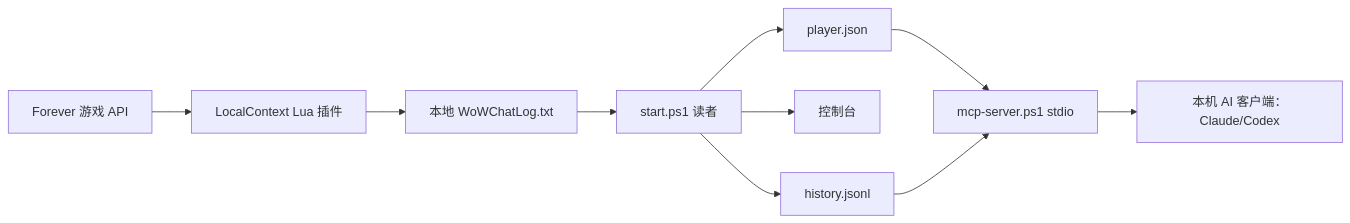
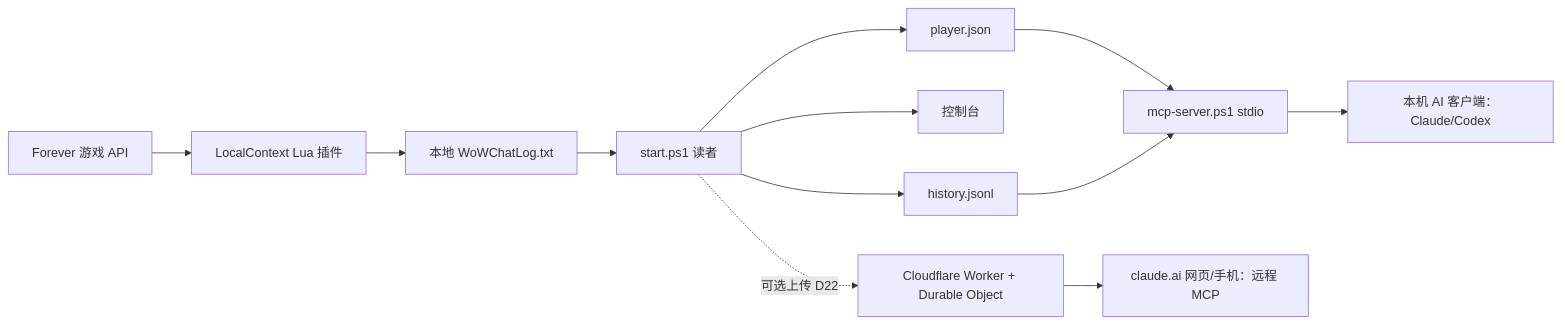
Before and after one commit to polopineapplem/wow-context-bridge: the diagram in docs/ARCHITECTURE.md, drawn with Mermaid. The commit also changed other lines of this file and 32 other files, not shown here.

First line of the commit message:
T16: remote MCP for claude.ai via Cloudflare Worker + opt-in uploader (D22)

````diff
--- a/docs/ARCHITECTURE.md
+++ b/docs/ARCHITECTURE.md
@@ -3,12 +3,14 @@
 ```mermaid
 flowchart LR
     A[Forever 游戏 API] --> B[LocalContext Lua 插件]
     B --> C[本地 WoWChatLog.txt]
     C --> D[start.ps1 读者]
     D --> E[player.json]
     D --> F[控制台]
     D --> H[history.jsonl]
     E --> M[mcp-server.ps1 stdio]
     H --> M
     M --> G[本机 AI 客户端：Claude/Codex]
+    D -. 可选上传 D22 .-> R[Cloudflare Worker + Durable Object]
+    R --> W[claude.ai 网页/手机：远程 MCP]
 ```
````
